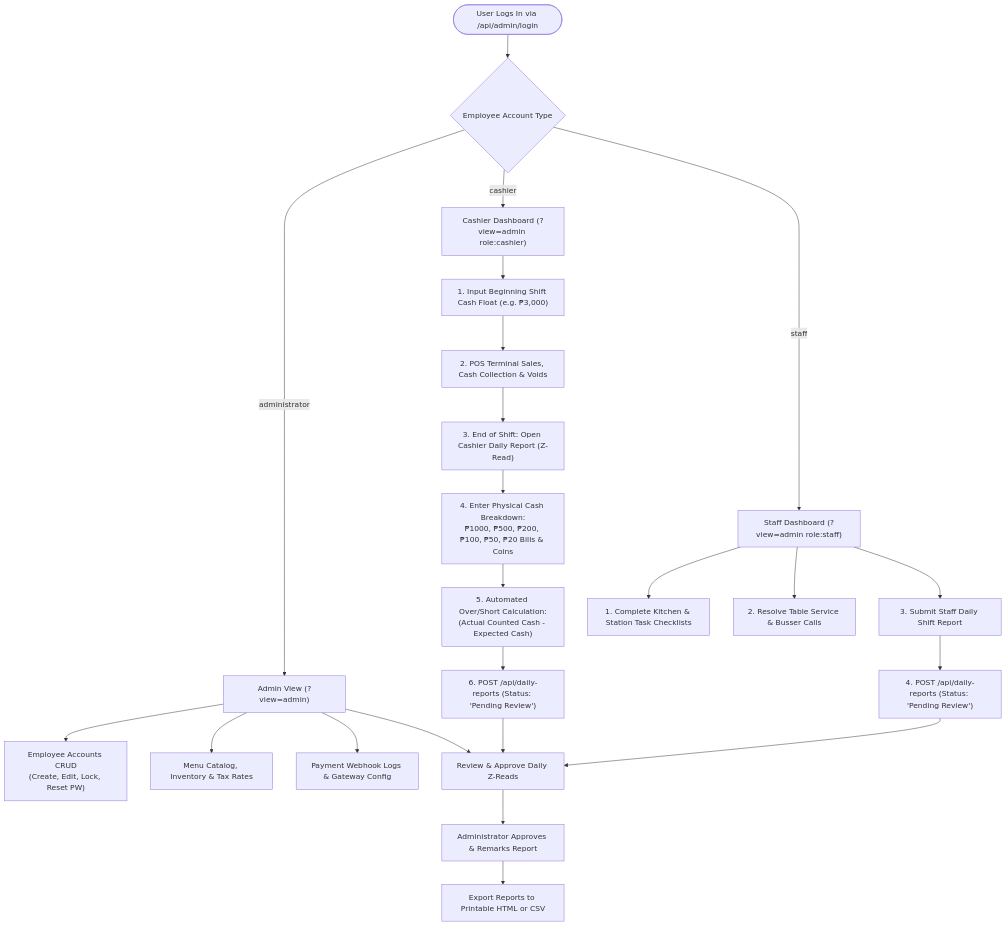
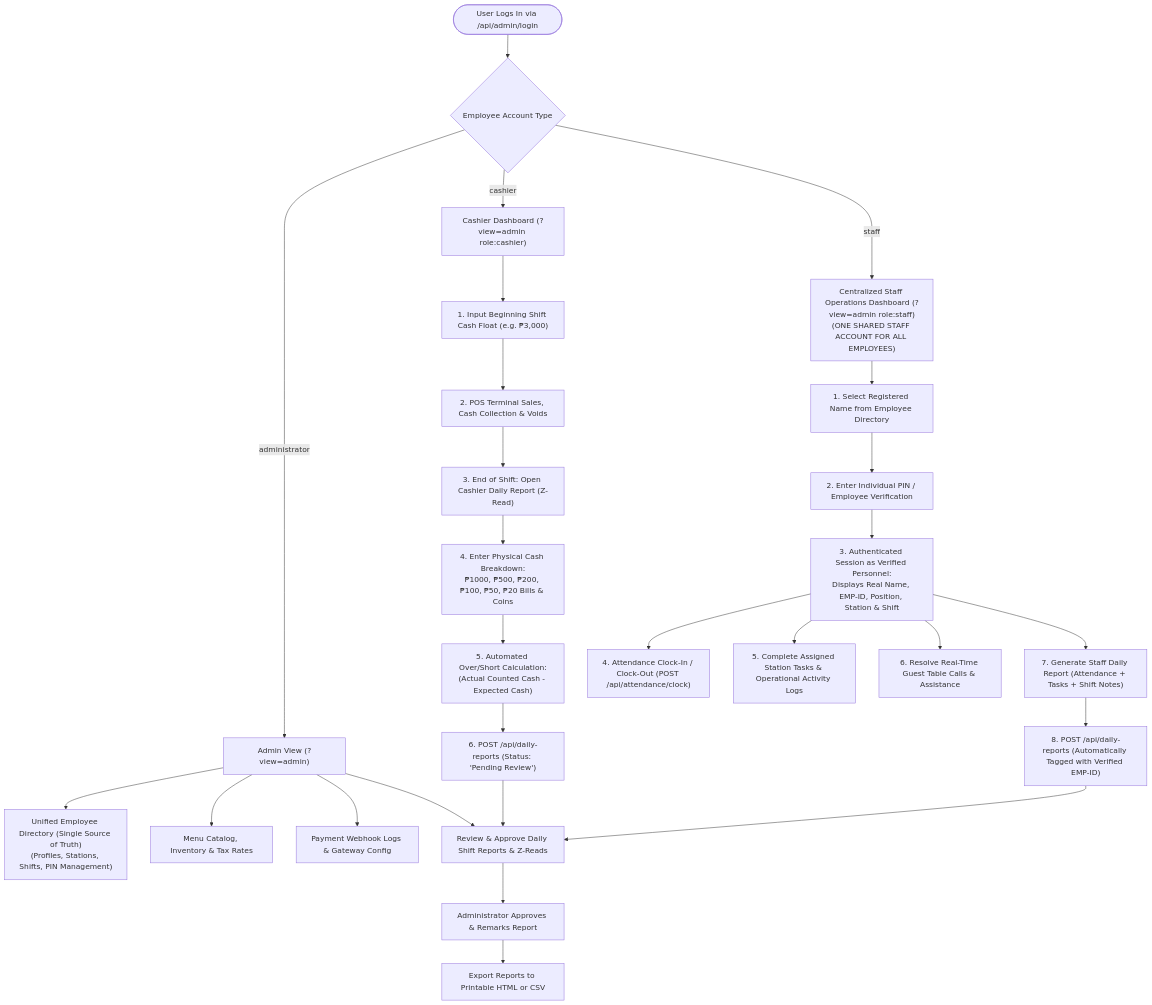
One commit to xeancoral-bit/UMAMI-CRAFT-FUSION changed the fourth of 5 diagrams in README.md. Above: the diagram before and after it, drawn with Mermaid. The commit also changed other lines of this file and 53 other files, not shown here.

````diff
--- a/README.md
+++ b/README.md
@@ -244,33 +253,37 @@
 ```mermaid
 flowchart TD
     AdminLogin([User Logs In via /api/admin/login]) --> RoleCheck{Employee Account Type}
 
     %% Admin Portal
     RoleCheck -->|administrator| AdminPanel["Admin View (?view=admin)"]
-    AdminPanel --> ManageAccounts["Employee Accounts CRUD<br/>(Create, Edit, Lock, Reset PW)"]
+    AdminPanel --> ManageAccounts["Unified Employee Directory (Single Source of Truth)<br/>(Profiles, Stations, Shifts, PIN Management)"]
     AdminPanel --> ManageMenu["Menu Catalog, Inventory & Tax Rates"]
     AdminPanel --> ManageWebhooks["Payment Webhook Logs & Gateway Config"]
-    AdminPanel --> ReviewDailyReports["Review & Approve Daily Z-Reads"]
+    AdminPanel --> ReviewDailyReports["Review & Approve Daily Shift Reports & Z-Reads"]
 
     %% Cashier Portal
     RoleCheck -->|cashier| CashierPOS["Cashier Dashboard (?view=admin role:cashier)"]
     CashierPOS --> InputOpeningFloat["1. Input Beginning Shift Cash Float (e.g. ₱3,000)"]
     InputOpeningFloat --> POSOperations["2. POS Terminal Sales, Cash Collection & Voids"]
     POSOperations --> EndShiftCashier["3. End of Shift: Open Cashier Daily Report (Z-Read)"]
     EndShiftCashier --> DenominationCount["4. Enter Physical Cash Breakdown:<br/>₱1000, ₱500, ₱200, ₱100, ₱50, ₱20 Bills & Coins"]
     DenominationCount --> AutoVariance["5. Automated Over/Short Calculation:<br/>(Actual Counted Cash - Expected Cash)"]
     AutoVariance --> SubmitCashierReport["6. POST /api/daily-reports (Status: 'Pending Review')"]
 
-    %% Staff Portal
-    RoleCheck -->|staff| StaffTerminal["Staff Dashboard (?view=admin role:staff)"]
-    StaffTerminal --> StationTasks["1. Complete Kitchen & Station Task Checklists"]
-    StaffTerminal --> ServiceCalls["2. Resolve Table Service & Busser Calls"]
-    StaffTerminal --> EndShiftStaff["3. Submit Staff Daily Shift Report"]
-    EndShiftStaff --> SubmitStaffReport["4. POST /api/daily-reports (Status: 'Pending Review')"]
+    %% Centralized One Staff Account Portal
+    RoleCheck -->|staff| StaffTerminal["Centralized Staff Operations Dashboard (?view=admin role:staff)<br/>(ONE SHARED STAFF ACCOUNT FOR ALL EMPLOYEES)"]
+    StaffTerminal --> EmployeeIdentify["1. Select Registered Name from Employee Directory"]
+    EmployeeIdentify --> VerifyPIN["2. Enter Individual PIN / Employee Verification"]
+    VerifyPIN --> PersonalizedSession["3. Authenticated Session as Verified Personnel:<br/>Displays Real Name, EMP-ID, Position, Station & Shift"]
+    PersonalizedSession --> ClockAttendance["4. Attendance Clock-In / Clock-Out (POST /api/attendance/clock)"]
+    PersonalizedSession --> StationTasks["5. Complete Assigned Station Tasks & Operational Activity Logs"]
+    PersonalizedSession --> ServiceCalls["6. Resolve Real-Time Guest Table Calls & Assistance"]
+    PersonalizedSession --> EndShiftStaff["7. Generate Staff Daily Report (Attendance + Tasks + Shift Notes)"]
+    EndShiftStaff --> SubmitStaffReport["8. POST /api/daily-reports (Automatically Tagged with Verified EMP-ID)"]
 
     %% Executive Approval
     SubmitCashierReport --> ReviewDailyReports
     SubmitStaffReport --> ReviewDailyReports
     ReviewDailyReports --> ExecutiveApproval["Administrator Approves & Remarks Report"]
     ExecutiveApproval --> ExportReports["Export Reports to Printable HTML or CSV"]
 ```
````
